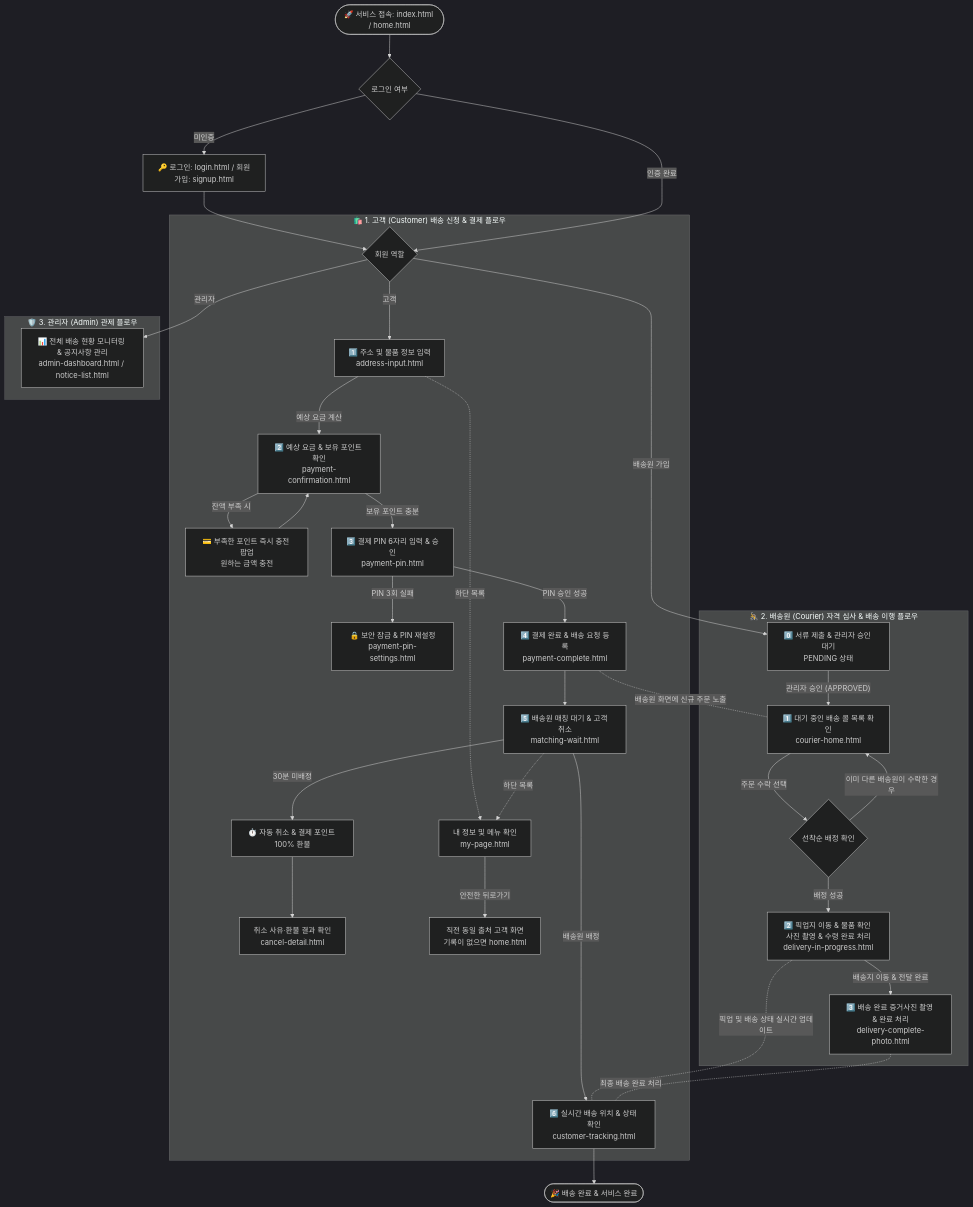
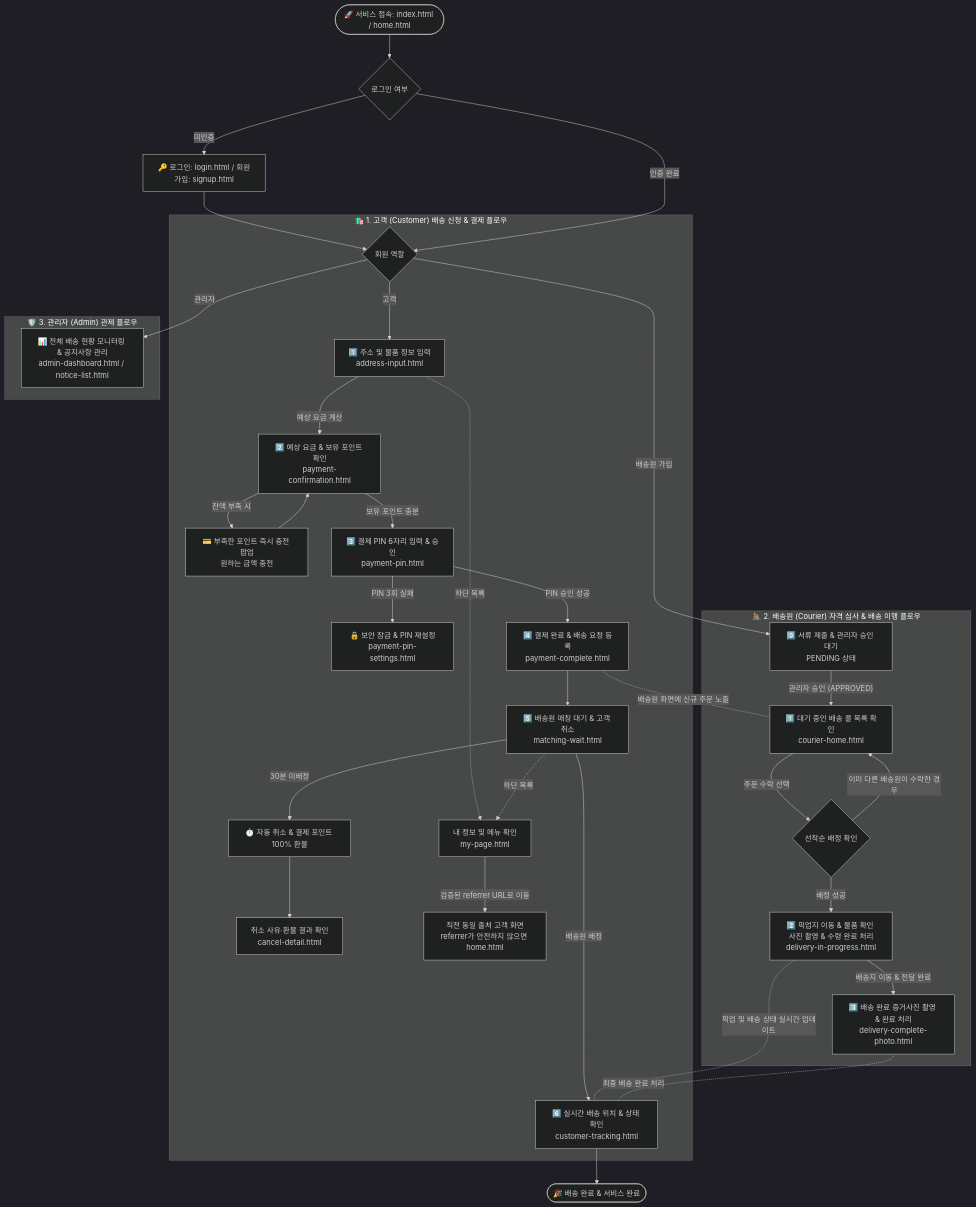
Before and after one commit to ShinhanDSProject/shinhan-delivery: the first of 3 diagrams in docs/architecture/전체-유저-플로우-가이드.md, drawn with Mermaid (dark theme). The commit also changed other lines of this file and 3 other files, not shown here.

````diff
--- a/docs/architecture/전체-유저-플로우-가이드.md
+++ b/docs/architecture/전체-유저-플로우-가이드.md
@@ -29,59 +29,59 @@
 ```mermaid
 flowchart TD
     %% 시작 및 인증
     Start([🚀 서비스 접속: index.html / home.html]) --> AuthChoice{로그인 여부}
     
     AuthChoice -- 미인증 --> Login[🔑 로그인: login.html / 회원가입: signup.html]
     Login --> RoleChoice{회원 역할}
     AuthChoice -- 인증 완료 --> RoleChoice
 
     %% -------------------------------------------------------------
     %% 1. 고객 (Customer) 유저 플로우
     %% -------------------------------------------------------------
     subgraph CustomerFlow ["🛍️ 1. 고객 (Customer) 배송 신청 & 결제 플로우"]
         RoleChoice -- 고객 --> AddrInput[1️⃣ 주소 및 물품 정보 입력<br/>address-input.html]
         AddrInput -- 예상 요금 계산 --> PayConfirm[2️⃣ 예상 요금 & 보유 포인트 확인<br/>payment-confirmation.html]
         
         PayConfirm -- 잔액 부족 시 --> PointCharge[💳 부족한 포인트 즉시 충전 팝업<br/>원하는 금액 충전]
         PointCharge --> PayConfirm
         
         PayConfirm -- 보유 포인트 충분 --> PayPin[3️⃣ 결제 PIN 6자리 입력 & 승인<br/>payment-pin.html]
         PayPin -- PIN 3회 실패 --> PinLock[🔒 보안 잠금 & PIN 재설정<br/>payment-pin-settings.html]
         PayPin -- PIN 승인 성공 --> PayComplete[4️⃣ 결제 완료 & 배송 요청 등록<br/>payment-complete.html]
         
         PayComplete --> MatchingWait[5️⃣ 배송원 매칭 대기 & 고객 취소<br/>matching-wait.html]
         MatchingWait -- 배송원 배정 --> Tracking[6️⃣ 실시간 배송 위치 & 상태 확인<br/>customer-tracking.html]
         MatchingWait -- 30분 미배정 --> TimeoutRefund[⏱️ 자동 취소 & 결제 포인트 100% 환불]
         TimeoutRefund --> CancelDetail[취소 사유·환불 결과 확인<br/>cancel-detail.html]
         AddrInput -. 하단 목록 .-> MyPage[내 정보 및 메뉴 확인<br/>my-page.html]
         MatchingWait -. 하단 목록 .-> MyPage
-        MyPage -- 안전한 뒤로가기 --> PreviousCustomerScreen[직전 동일 출처 고객 화면<br/>기록이 없으면 home.html]
+        MyPage -- 검증된 referrer URL로 이동 --> PreviousCustomerScreen[직전 동일 출처 고객 화면<br/>referrer가 안전하지 않으면 home.html]
     end
 
     %% -------------------------------------------------------------
     %% 2. 배송원 (Courier) 유저 플로우
     %% -------------------------------------------------------------
     subgraph CourierFlow ["🚴 2. 배송원 (Courier) 자격 심사 & 배송 이행 플로우"]
         RoleChoice -- 배송원 가입 --> CourierPending[0️⃣ 서류 제출 & 관리자 승인 대기<br/>PENDING 상태]
         CourierPending -- 관리자 승인 (APPROVED) --> CourierDash[1️⃣ 대기 중인 배송 콜 목록 확인<br/>courier-home.html]
         
         CourierDash -- 주문 수락 선택 --> MatchCheck{선착순 배정 확인}
         MatchCheck -- 이미 다른 배송원이 수락한 경우 --> CourierDash
         MatchCheck -- 배정 성공 --> CourierPickup[2️⃣ 픽업지 이동 & 물품 확인 사진 촬영 & 수령 완료 처리<br/>delivery-in-progress.html]
         
         CourierPickup -- 배송지 이동 & 전달 완료 --> CourierComplete[3️⃣ 배송 완료 증거사진 촬영 & 완료 처리<br/>delivery-complete-photo.html]
     end
 
     %% -------------------------------------------------------------
     %% 3. 관리자 (Admin) 유저 플로우
     %% -------------------------------------------------------------
     subgraph AdminFlow ["🛡️ 3. 관리자 (Admin) 관제 플로우"]
         RoleChoice -- 관리자 --> AdminDash[📊 전체 배송 현황 모니터링 & 공지사항 관리<br/>admin-dashboard.html / notice-list.html]
     end
 
     %% 실시간 상호작용 연결
     PayComplete -. 배송원 화면에 신규 주문 노출 .- CourierDash
     CourierPickup -. 픽업 및 배송 상태 실시간 업데이트 .- Tracking
     CourierComplete -. 최종 배송 완료 처리 .- Tracking
     Tracking --> Finish([🎉 배송 완료 & 서비스 완료])
 ```
````
